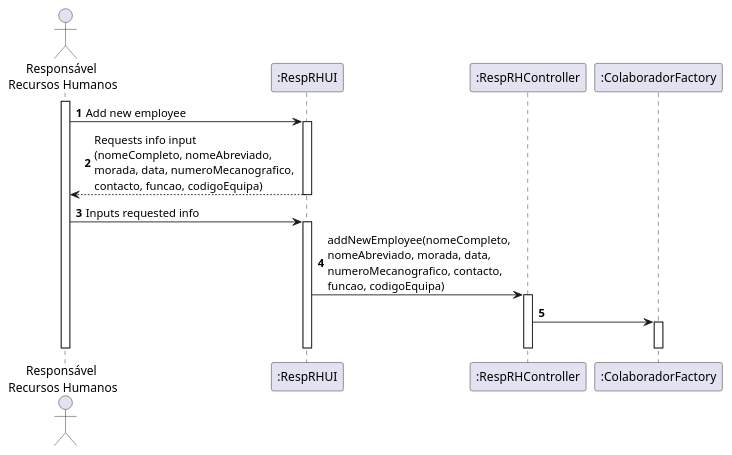
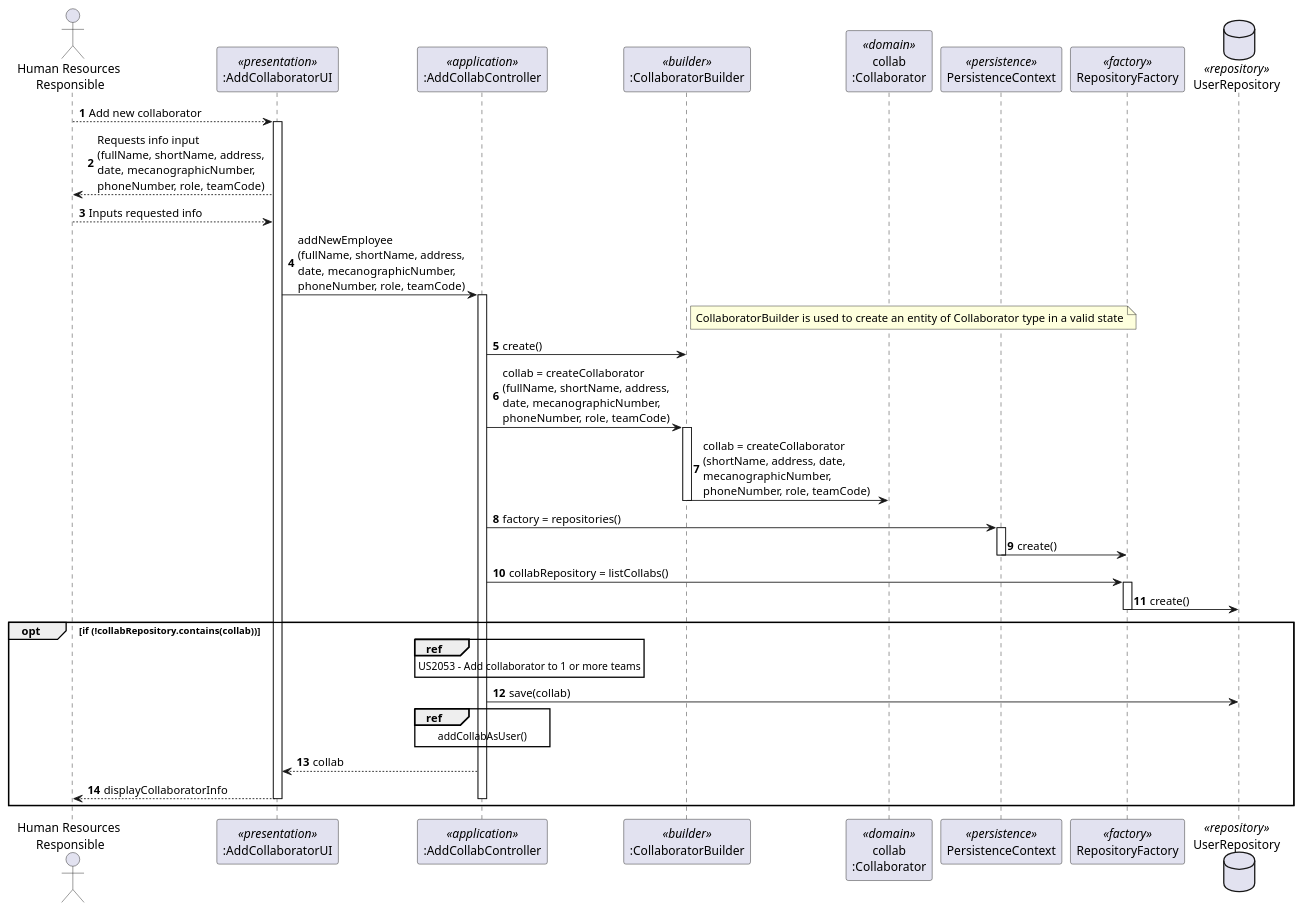
Before and after one commit to Joao-PP-Alves/isep-lapr4: the diagram in docs/1191513/US2051/SD_US2051.puml, drawn with PlantUML. The commit also changed 2 other files, not shown here.

```diff
--- a/docs/1191513/US2051/SD_US2051.puml
+++ b/docs/1191513/US2051/SD_US2051.puml
@@ -1,32 +1,58 @@
 @startuml
 autonumber
 
-actor "Responsável \nRecursos Humanos" as RRH
-participant ":RespRHUI" as RRHUI
-participant ":RespRHController" as RRHCTRL
-participant ":ColaboradorFactory" as COLABFACTORY
-
-activate RRH
-RRH -> RRHUI : Add new employee
-activate RRHUI
-RRHUI --> RRH : Requests info input \n(nomeCompleto, nomeAbreviado, \nmorada, data, numeroMecanografico, \ncontacto, funcao, codigoEquipa)
-deactivate RRHUI
-
-RRH -> RRHUI : Inputs requested info
-activate RRHUI
-RRHUI -> RRHCTRL : addNewEmployee(nomeCompleto, \nnomeAbreviado, morada, data, \nnumeroMecanografico, contacto, \nfuncao, codigoEquipa)
-activate RRHCTRL
-RRHCTRL -> COLABFACTORY
-activate COLABFACTORY
-
-deactivate COLABFACTORY
-
-deactivate RRHCTRL
+actor "Human Resources \nResponsible" as HRR
+participant ":AddCollaboratorUI" as ADDCOLLABUI <<presentation>>
+participant ":AddCollabController" as ADDCOLLABCTRL <<application>>
+participant ":CollaboratorBuilder" as COLLABBUILDER <<builder>>
+participant "collab\n:Collaborator" as COLLAB <<domain>>
+participant PersistenceContext as Persistence <<persistence>>
+participant RepositoryFactory as Factory <<factory>>
+database UserRepository as Repository <<repository>>
 
 
-deactivate RRHUI
-deactivate RRH
+HRR --> ADDCOLLABUI : Add new collaborator
+activate ADDCOLLABUI
+ADDCOLLABUI --> HRR : Requests info input \n(fullName, shortName, address, \ndate, mecanographicNumber, \nphoneNumber, role, teamCode)
 
+HRR --> ADDCOLLABUI : Inputs requested info
 
+ADDCOLLABUI -> ADDCOLLABCTRL : addNewEmployee\n(fullName, shortName, address, \ndate, mecanographicNumber, \nphoneNumber, role, teamCode)
+note right of COLLABBUILDER:CollaboratorBuilder is used to create an entity of Collaborator type in a valid state
+activate ADDCOLLABCTRL
+ADDCOLLABCTRL -> COLLABBUILDER : create()
+ADDCOLLABCTRL -> COLLABBUILDER : collab = createCollaborator\n(fullName, shortName, address, \ndate, mecanographicNumber, \nphoneNumber, role, teamCode)
+
+activate COLLABBUILDER
+COLLABBUILDER -> COLLAB : collab = createCollaborator\n(shortName, address, date, \nmecanographicNumber, \nphoneNumber, role, teamCode)
+deactivate COLLABBUILDER
+
+ADDCOLLABCTRL -> Persistence : factory = repositories()
+activate Persistence
+Persistence -> Factory : create()
+deactivate Persistence
+
+ADDCOLLABCTRL -> Factory : collabRepository = listCollabs()
+activate Factory
+Factory -> Repository : create()
+deactivate Factory
+
+opt if (!collabRepository.contains(collab))
+ref over ADDCOLLABCTRL
+US2053 - Add collaborator to 1 or more teams
+end ref
+ADDCOLLABCTRL -> Repository : save(collab)
+
+ref over ADDCOLLABCTRL
+addCollabAsUser()
+end ref
+
+ADDCOLLABCTRL --> ADDCOLLABUI : collab
+deactivate COLLABBUILDER
+
+ADDCOLLABUI --> HRR : displayCollaboratorInfo
+deactivate ADDCOLLABCTRL
+deactivate ADDCOLLABUI
+end opt
 
 @enduml
```
